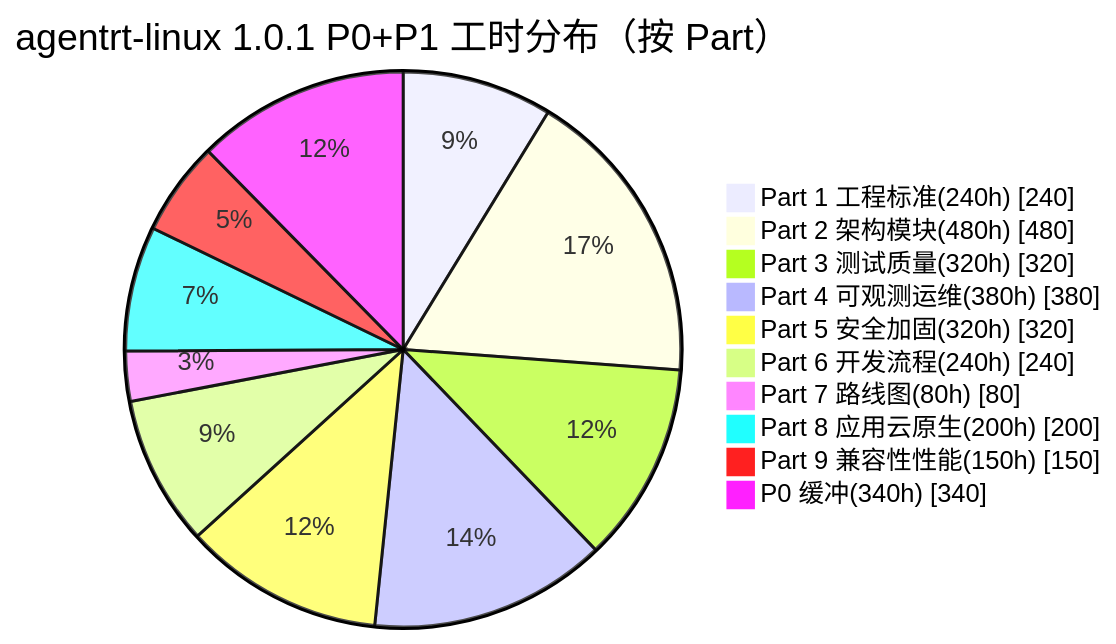
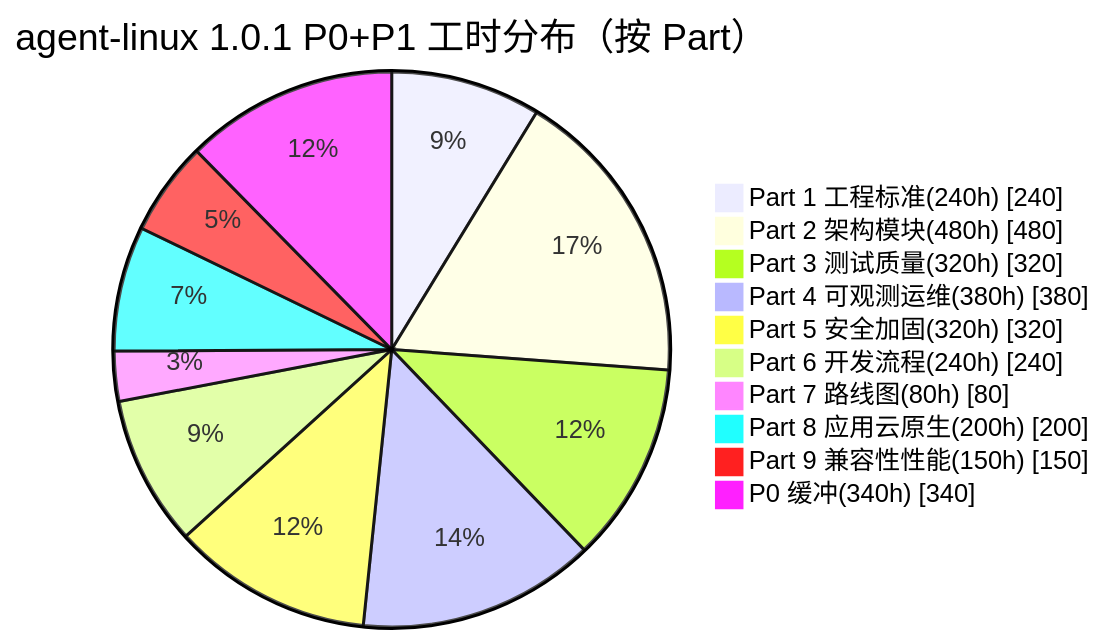
The first of 5 diagrams in 130-roadmap/03-resource-estimation.md (openairymax/docs-linux), drawn with Mermaid before and after one commit. The commit also changed other lines of this file and 172 other files, not shown here.

Commit message:
docs: rename agentrt-linux to agent-linux across docs v0.1.3 双工程结构：agentrt-linux 改名 agent-linux。docs 全仓 186 个 文件中的 agentrt-linux 引用统一为 agent-linux（AirymaxOS 工程名/ URL/路径引用；commit hash 与历史不变）。

````diff
--- a/130-roadmap/03-resource-estimation.md
+++ b/130-roadmap/03-resource-estimation.md
@@ -73,14 +73,14 @@
 ```mermaid
 pie showData
-    title agentrt-linux 1.0.1 P0+P1 工时分布（按 Part）
+    title agent-linux 1.0.1 P0+P1 工时分布（按 Part）
     "Part 1 工程标准(240h)" : 240
     "Part 2 架构模块(480h)" : 480
     "Part 3 测试质量(320h)" : 320
     "Part 4 可观测运维(380h)" : 380
     "Part 5 安全加固(320h)" : 320
     "Part 6 开发流程(240h)" : 240
     "Part 7 路线图(80h)" : 80
     "Part 8 应用云原生(200h)" : 200
     "Part 9 兼容性性能(150h)" : 150
     "P0 缓冲(340h)" : 340
 ```
````
